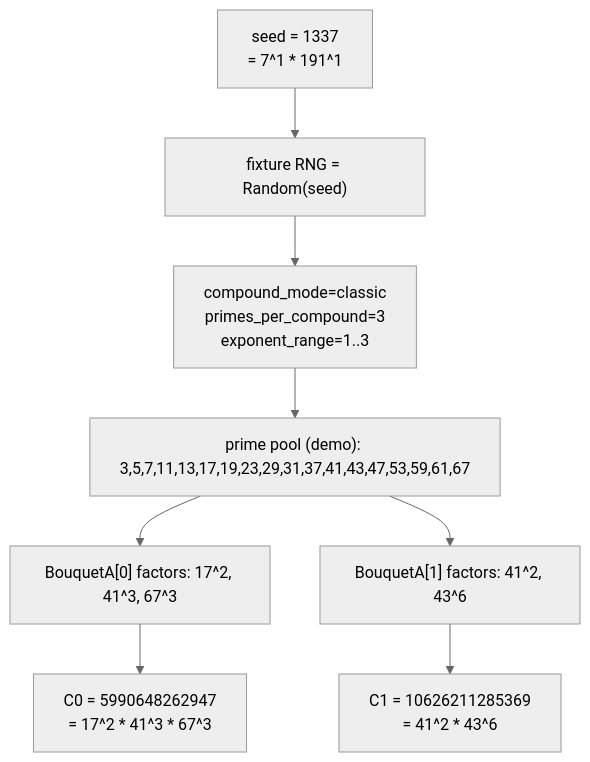
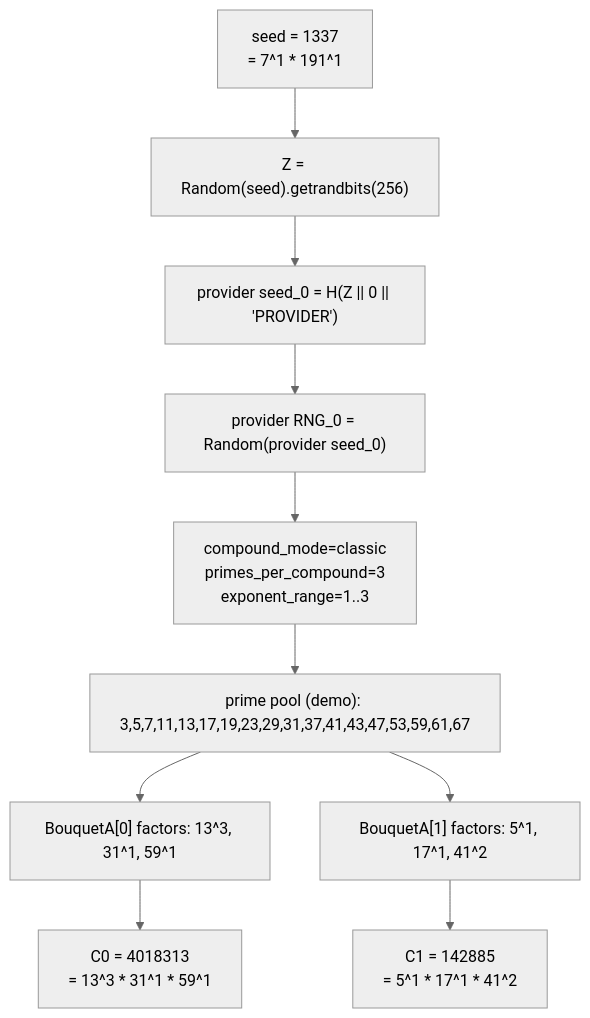
The fourth of 14 diagrams in papers/main-paper.md (cekkr/phaselane-algorithm), drawn with Mermaid before and after one commit. The commit also changed other lines of this file and 3 other files, not shown here.

````diff
--- a/papers/main-paper.md
+++ b/papers/main-paper.md
@@ -190,11 +190,13 @@
 ```mermaid
 %%{init: {"theme":"neutral","flowchart":{"curve":"basis"}} }%%
 flowchart TD
-  Seed1337b["seed = 1337<br/>= 7^1 * 191^1"] --> FixRng1337["fixture RNG = Random(seed)"]
+  Seed1337b["seed = 1337<br/>= 7^1 * 191^1"] --> Root1337["Z = Random(seed).getrandbits(256)"]
+  Root1337 --> ProvSeed1337["provider seed_0 = H(Z || 0 || 'PROVIDER')"]
+  ProvSeed1337 --> FixRng1337["provider RNG_0 = Random(provider seed_0)"]
   FixRng1337 --> Cfg1337["compound_mode=classic<br/>primes_per_compound=3<br/>exponent_range=1..3"]
   Cfg1337 --> Pool1337["prime pool (demo): 3,5,7,11,13,17,19,23,29,31,37,41,43,47,53,59,61,67"]
-  Pool1337 --> PicksA0["BouquetA[0] factors: 17^2, 41^3, 67^3"]
-  PicksA0 --> C0["C0 = 5990648262947<br/>= 17^2 * 41^3 * 67^3"]
-  Pool1337 --> PicksA1["BouquetA[1] factors: 41^2, 43^6"]
-  PicksA1 --> C1["C1 = 10626211285369<br/>= 41^2 * 43^6"]
+  Pool1337 --> PicksA0["BouquetA[0] factors: 13^3, 31^1, 59^1"]
+  PicksA0 --> C0["C0 = 4018313<br/>= 13^3 * 31^1 * 59^1"]
+  Pool1337 --> PicksA1["BouquetA[1] factors: 5^1, 17^1, 41^2"]
+  PicksA1 --> C1["C1 = 142885<br/>= 5^1 * 17^1 * 41^2"]
 ```
````
